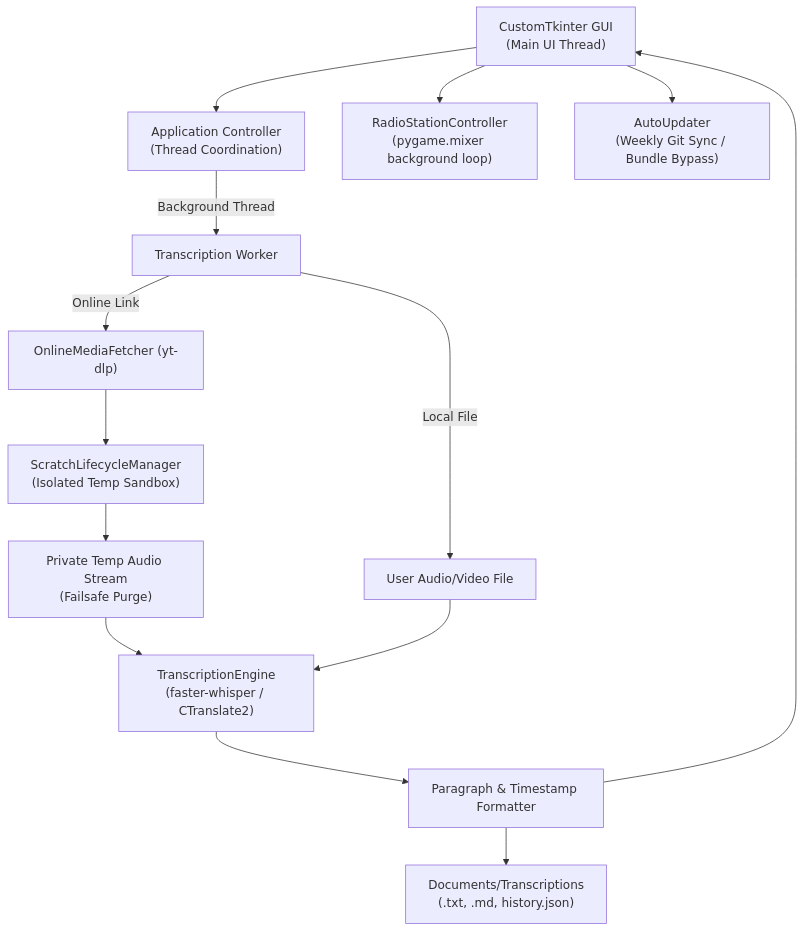
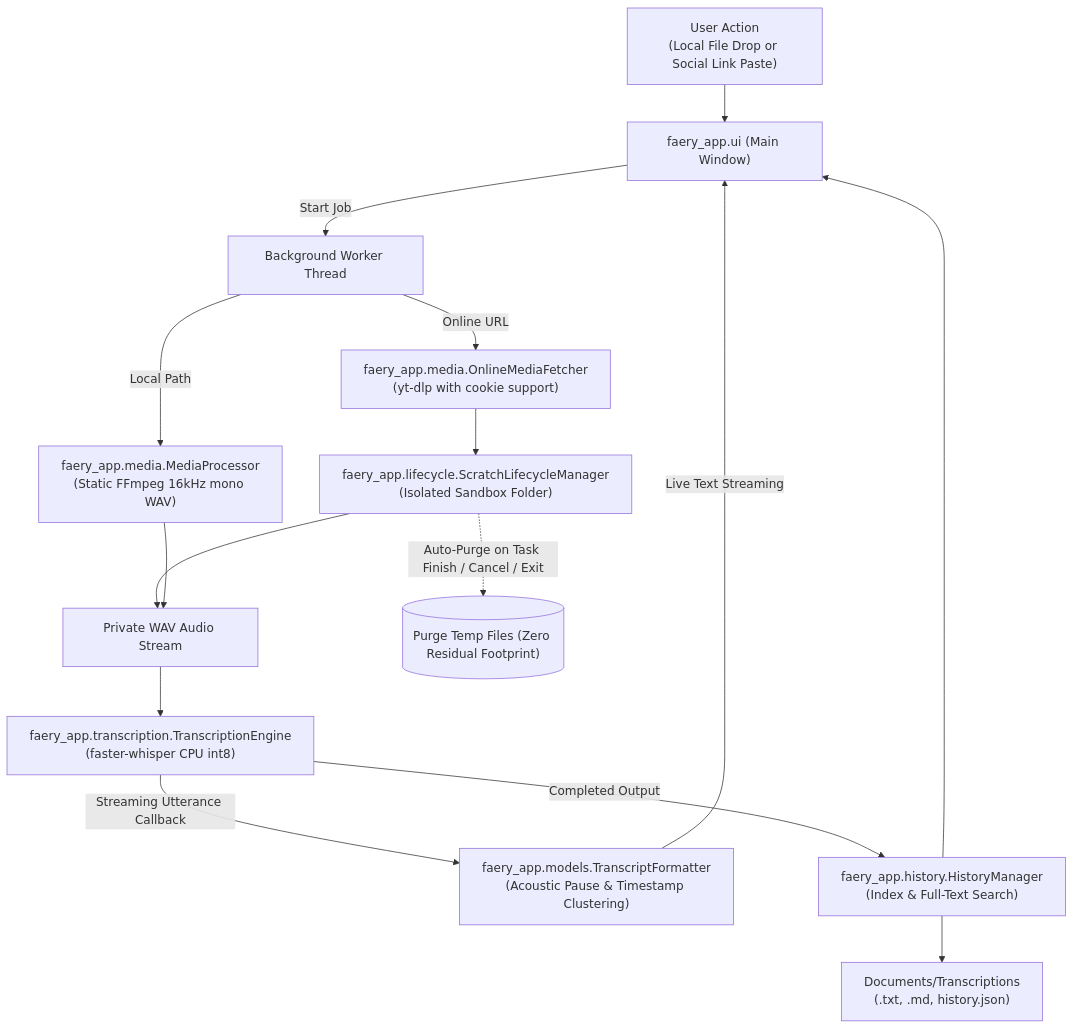
One commit to ApetriStefan/FaeryGood-Transcriber changed the second of 2 diagrams in knowledge/core_knowledge/architecture.md. Above: the diagram before and after it, drawn with Mermaid. The commit also changed other lines of this file and 47 other files, not shown here.

Commit message:
refactor: decompose monolithic app.py into modular faery_app package with backwards-compatible facade

````diff
--- a/knowledge/core_knowledge/architecture.md
+++ b/knowledge/core_knowledge/architecture.md
@@ -7,16 +62,23 @@
 ```mermaid
 flowchart TD
-    UI["CustomTkinter GUI\n(Main UI Thread)"] --> Controller["Application Controller\n(Thread Coordination)"]
-    Controller -->|Background Thread| Worker["Transcription Worker"]
-    Worker -->|Online Link| YTDL["OnlineMediaFetcher (yt-dlp)"]
-    YTDL --> Scratch["ScratchLifecycleManager\n(Isolated Temp Sandbox)"]
-    Scratch --> TempAudio["Private Temp Audio Stream\n(Failsafe Purge)"]
-    Worker -->|Local File| LocalAudio["User Audio/Video File"]
-    TempAudio --> Engine["TranscriptionEngine\n(faster-whisper / CTranslate2)"]
-    LocalAudio --> Engine
-    Engine --> Formatter["Paragraph & Timestamp Formatter"]
-    Formatter --> Disk["Documents/Transcriptions\n(.txt, .md, history.json)"]
-    Formatter --> UI
-    UI --> Radio["RadioStationController\n(pygame.mixer background loop)"]
-    UI --> Updater["AutoUpdater\n(Weekly Git Sync / Bundle Bypass)"]
+    User["User Action\n(Local File Drop or Social Link Paste)"] --> UI["faery_app.ui (Main Window)"]
+    UI -->|Start Job| Worker["Background Worker Thread"]
+    
+    Worker -->|Online URL| Fetcher["faery_app.media.OnlineMediaFetcher\n(yt-dlp with cookie support)"]
+    Worker -->|Local Path| Processor["faery_app.media.MediaProcessor\n(Static FFmpeg 16kHz mono WAV)"]
+    
+    Fetcher --> Scratch["faery_app.lifecycle.ScratchLifecycleManager\n(Isolated Sandbox Folder)"]
+    Scratch --> TempAudio["Private WAV Audio Stream"]
+    Processor --> TempAudio
+    
+    TempAudio --> Engine["faery_app.transcription.TranscriptionEngine\n(faster-whisper CPU int8)"]
+    
+    Engine -->|Streaming Utterance Callback| Formatter["faery_app.models.TranscriptFormatter\n(Acoustic Pause & Timestamp Clustering)"]
+    Formatter -->|Live Text Streaming| UI
+    
+    Engine -->|Completed Output| HistorySub["faery_app.history.HistoryManager\n(Index & Full-Text Search)"]
+    HistorySub --> Disk["Documents/Transcriptions\n(.txt, .md, history.json)"]
+    HistorySub --> UI
+    
+    Scratch -.->|Auto-Purge on Task Finish / Cancel / Exit| Wipe[("Purge Temp Files (Zero Residual Footprint)")]
 ```
````
